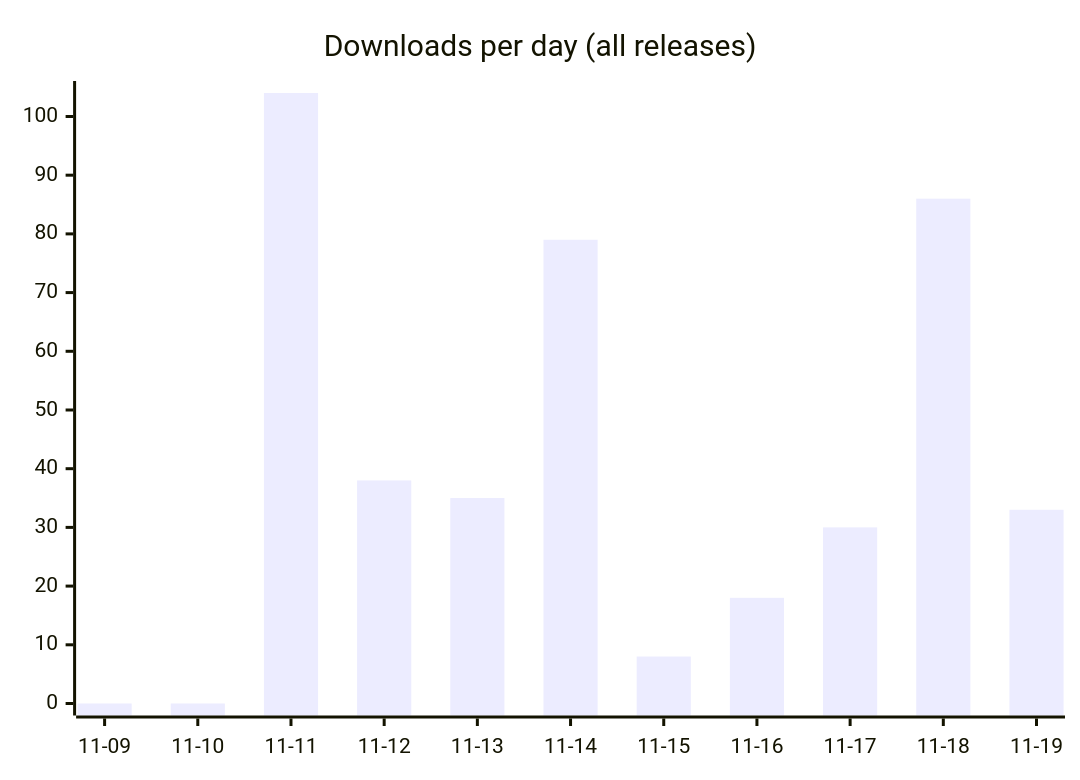
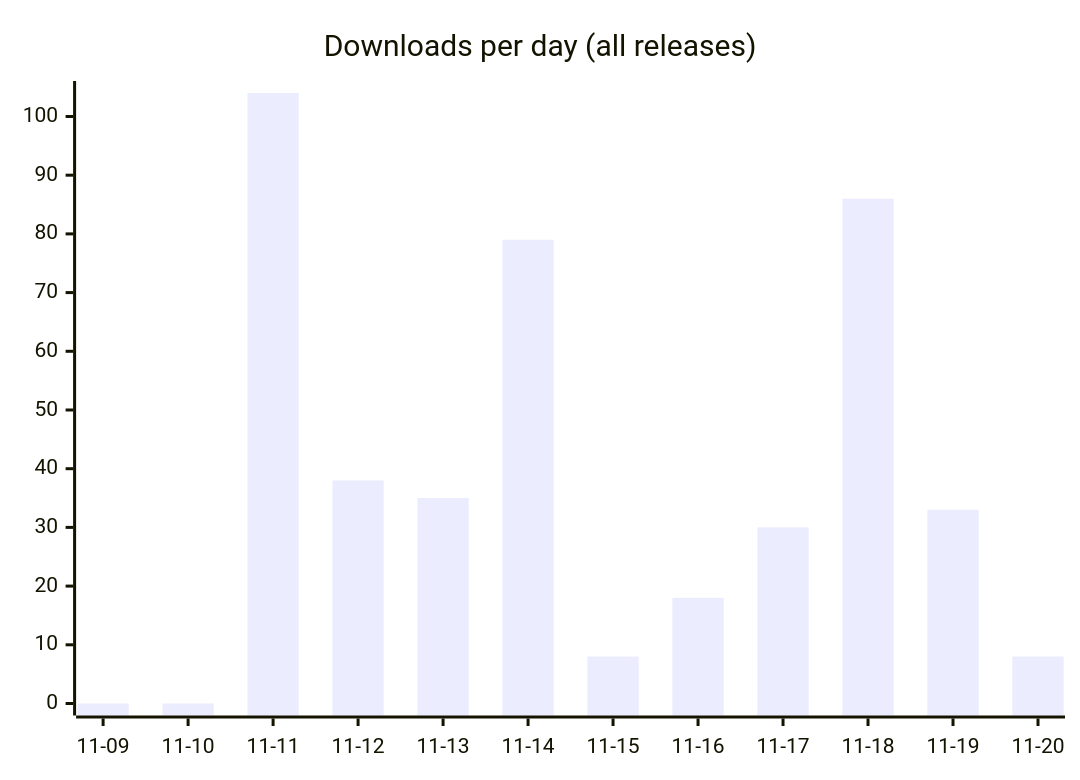
Before and after one commit to fmadore/Kalamu: the first of 2 diagrams in README.md, drawn with Mermaid. The commit also changed other lines of this file and 3 other files, not shown here.

````diff
--- a/README.md
+++ b/README.md
@@ -46,6 +46,6 @@
 ```mermaid
 xychart-beta
     title "Downloads per day (all releases)"
-    x-axis ["11-09", "11-10", "11-11", "11-12", "11-13", "11-14", "11-15", "11-16", "11-17", "11-18", "11-19"]
-    bar [0, 0, 104, 38, 35, 79, 8, 18, 30, 86, 33]
+    x-axis ["11-09", "11-10", "11-11", "11-12", "11-13", "11-14", "11-15", "11-16", "11-17", "11-18", "11-19", "11-20"]
+    bar [0, 0, 104, 38, 35, 79, 8, 18, 30, 86, 33, 8]
 ```
````
